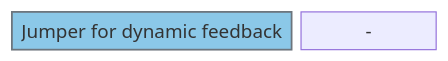
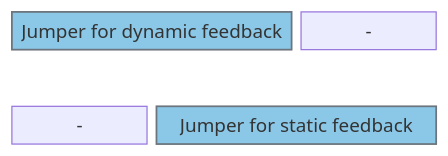
The second of 4 diagrams in Hardware/README.md (KROIA/Voicemail-Box), drawn with Mermaid before and after one commit. The commit also changed other lines of this file, not shown here.

````diff
--- a/Hardware/README.md
+++ b/Hardware/README.md
@@ -67,8 +68,12 @@
 ```mermaid
 block-beta
         columns 3
         a[" Jumper for dynamic feedback "]:2
-        c["-"]  
+        b["-"]
+        space:3
+        c["-"]
+        d[" Jumper for static feedback "]:2    
 classDef highlighter fill:#8bc8e8,stroke:#6c757d,color:#000000,stroke-width:1.5px;
 class a highlighter
+class d highlighter
 ```
````
